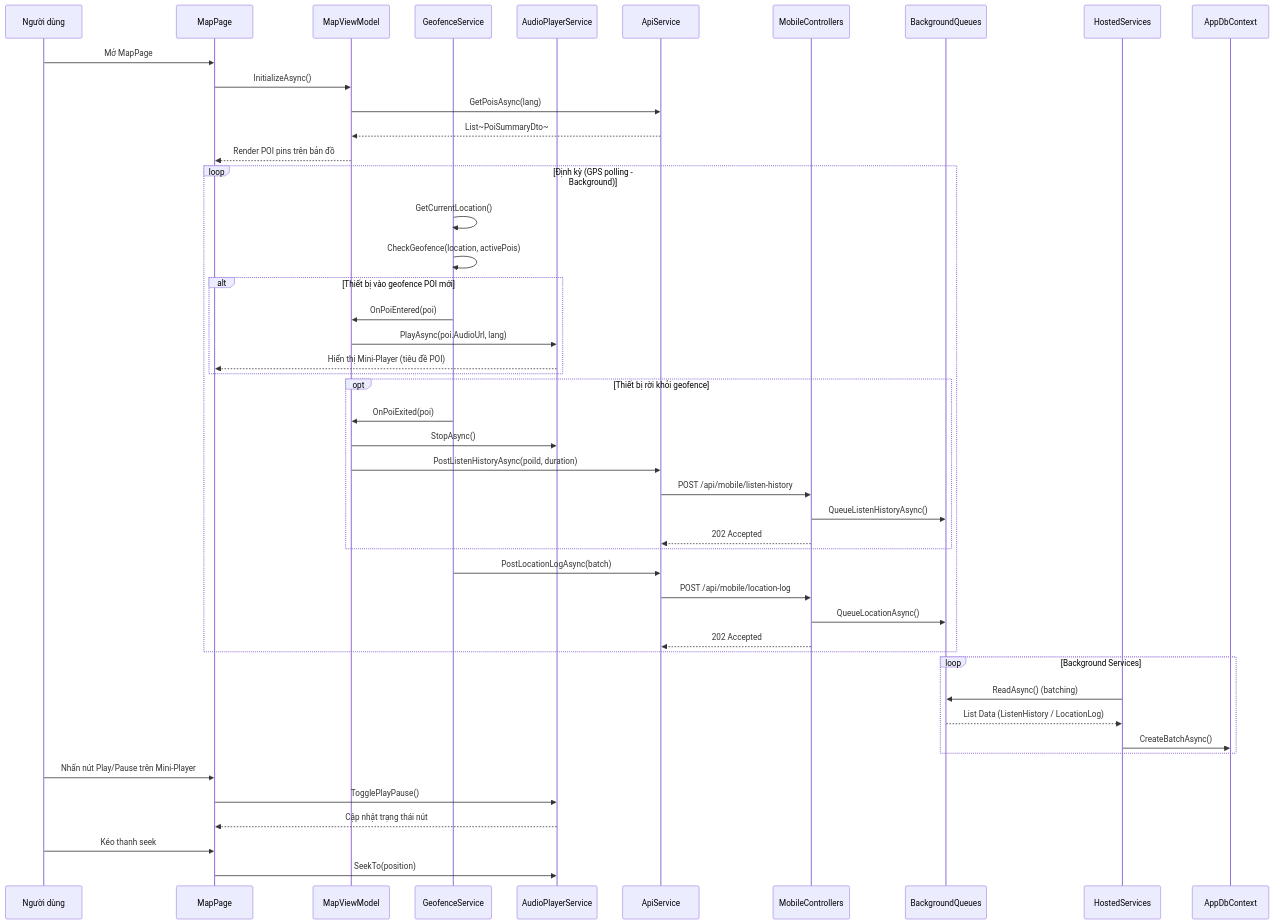
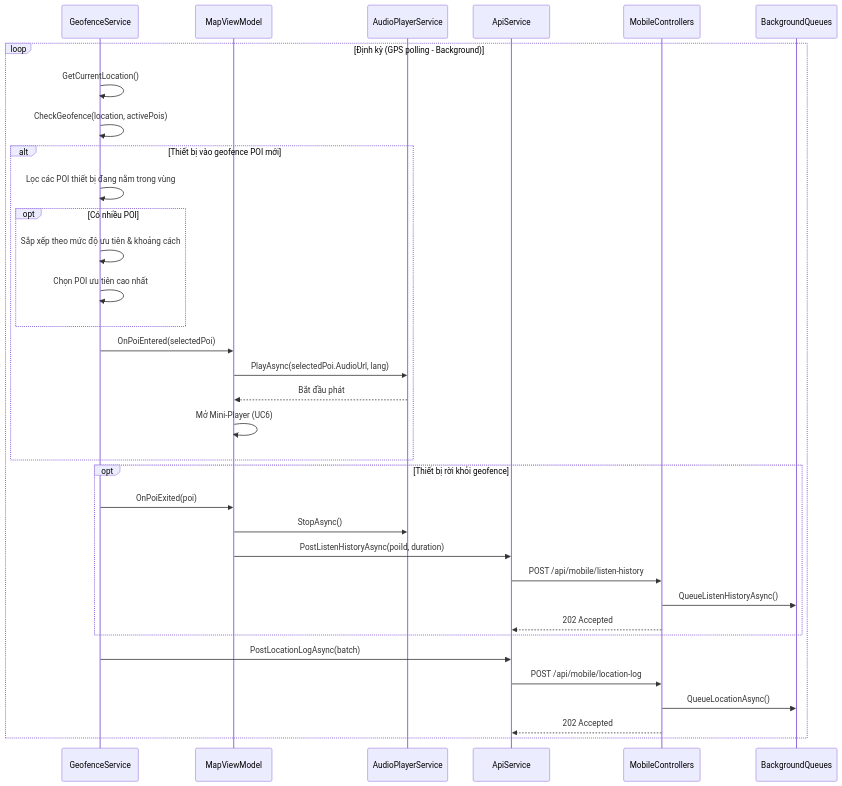
Diagram 12 of 46 in PRD.md (AudioGo-Project/AudioGo), drawn with Mermaid before and after one commit. The commit also changed other lines of this file, not shown here.

Commit message:
docs: Split Mobile sequence diagrams by UC and add POI priority logic in Geofence sequence

````diff
--- a/PRD.md
+++ b/PRD.md
@@ -1629,57 +931,42 @@
 ```mermaid
 sequenceDiagram
-    participant MobileUser as Người dùng
-    participant MapPage
+    participant GeoSvc as GeofenceService
     participant MapVM as MapViewModel
-    participant GeoSvc as GeofenceService
     participant AudioSvc as AudioPlayerService
     participant API as ApiService
     participant Ctrls as MobileControllers
     participant Queues as BackgroundQueues
-    participant HostedSvc as HostedServices
-    participant DB as AppDbContext
-
-    MobileUser ->> MapPage: Mở MapPage
-    MapPage ->> MapVM: InitializeAsync()
-    MapVM ->> API: GetPoisAsync(lang)
-    API -->> MapVM: List~PoiSummaryDto~
-    MapVM -->> MapPage: Render POI pins trên bản đồ
 
     loop Định kỳ (GPS polling - Background)
         GeoSvc ->> GeoSvc: GetCurrentLocation()
         GeoSvc ->> GeoSvc: CheckGeofence(location, activePois)
+        
+        alt Thiết bị vào geofence POI mới
+            GeoSvc ->> GeoSvc: Lọc các POI thiết bị đang nằm trong vùng
+            
+            opt Có nhiều POI
+                GeoSvc ->> GeoSvc: Sắp xếp theo mức độ ưu tiên & khoảng cách
+                GeoSvc ->> GeoSvc: Chọn POI ưu tiên cao nhất
+            end
 
-        alt Thiết bị vào geofence POI mới
-            GeoSvc ->> MapVM: OnPoiEntered(poi)
-            MapVM ->> AudioSvc: PlayAsync(poi.AudioUrl, lang)
-            AudioSvc -->> MapPage: Hiển thị Mini-Player (tiêu đề POI)
+            GeoSvc ->> MapVM: OnPoiEntered(selectedPoi)
+            MapVM ->> AudioSvc: PlayAsync(selectedPoi.AudioUrl, lang)
+            AudioSvc -->> MapVM: Bắt đầu phát
+            MapVM ->> MapVM: Mở Mini-Player (UC6)
         end
 
         opt Thiết bị rời khỏi geofence
             GeoSvc ->> MapVM: OnPoiExited(poi)
             MapVM ->> AudioSvc: StopAsync()
             MapVM ->> API: PostListenHistoryAsync(poiId, duration)
             API ->> Ctrls: POST /api/mobile/listen-history
             Ctrls ->> Queues: QueueListenHistoryAsync()
             Ctrls -->> API: 202 Accepted
         end
 
         GeoSvc ->> API: PostLocationLogAsync(batch)
         API ->> Ctrls: POST /api/mobile/location-log
         Ctrls ->> Queues: QueueLocationAsync()
         Ctrls -->> API: 202 Accepted
     end
-
-    loop Background Services
-        HostedSvc ->> Queues: ReadAsync() (batching)
-        Queues -->> HostedSvc: List Data (ListenHistory / LocationLog)
-        HostedSvc ->> DB: CreateBatchAsync()
-    end
-
-    MobileUser ->> MapPage: Nhấn nút Play/Pause trên Mini-Player
-    MapPage ->> AudioSvc: TogglePlayPause()
-    AudioSvc -->> MapPage: Cập nhật trạng thái nút
-
-    MobileUser ->> MapPage: Kéo thanh seek
-    MapPage ->> AudioSvc: SeekTo(position)
 ```
````
